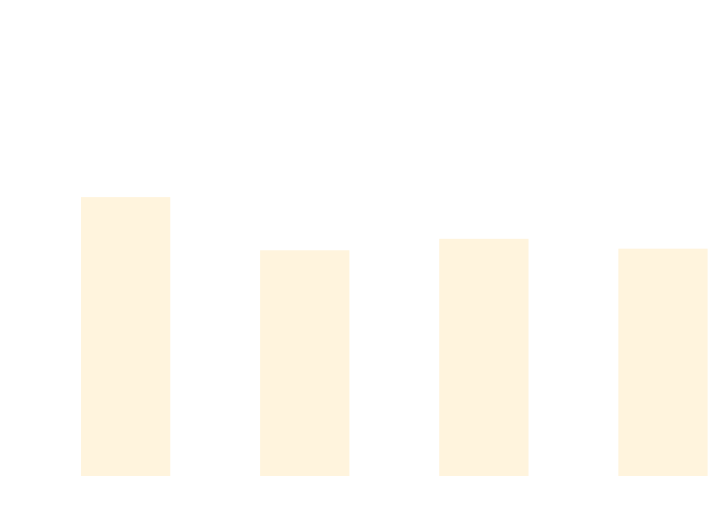
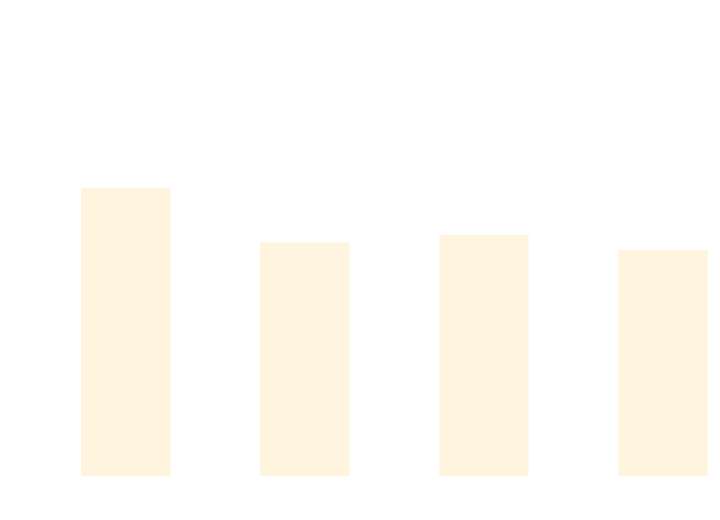
One commit to thomhurst/TUnit changed the diagram in docs/docs/benchmarks/BuildTime.md. Above: the diagram before and after it, drawn with Mermaid. The commit also changed other lines of this file and 17 other files, not shown here.

````diff
--- a/docs/docs/benchmarks/BuildTime.md
+++ b/docs/docs/benchmarks/BuildTime.md
@@ -28,37 +28,37 @@
 ```mermaid
 %%{init: {
   'theme':'base',
   'themeVariables': {
     'primaryColor': '#2563eb',
     'primaryTextColor': '#ffffff',
     'primaryBorderColor': '#1e40af',
     'lineColor': '#6b7280',
     'secondaryColor': '#7c3aed',
     'tertiaryColor': '#dc2626',
     'background': '#ffffff',
     'mainBkg': '#2563eb',
     'secondBkg': '#7c3aed',
     'tertiaryBkg': '#dc2626',
     'clusterBkg': '#f3f4f6',
     'edgeLabelBackground': '#ffffff',
     'tertiaryTextColor': '#1f2937',
     'pie1': '#2563eb',
     'pie2': '#7c3aed',
     'pie3': '#dc2626',
     'pie4': '#f59e0b',
     'pie5': '#10b981',
     'pie6': '#06b6d4',
     'pie7': '#ec4899',
     'pie8': '#6366f1',
     'pie9': '#84cc16',
     'pie10': '#f97316',
     'pie11': '#14b8a6',
     'pie12': '#a855f7'
   }
 }}%%
 xychart-beta
   title "Build Time Comparison"
   x-axis ["Build_TUnit", "Build_NUnit", "Build_MSTest", "Build_xUnit3"]
   y-axis "Time (s)" 0 --> 3
-  bar [2.003, 1.609, 1.694, 1.621]
+  bar [2.07, 1.668, 1.722, 1.611]
 ```
````
